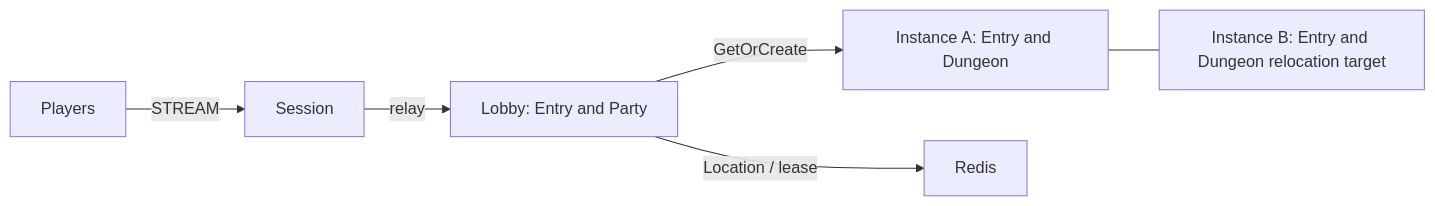
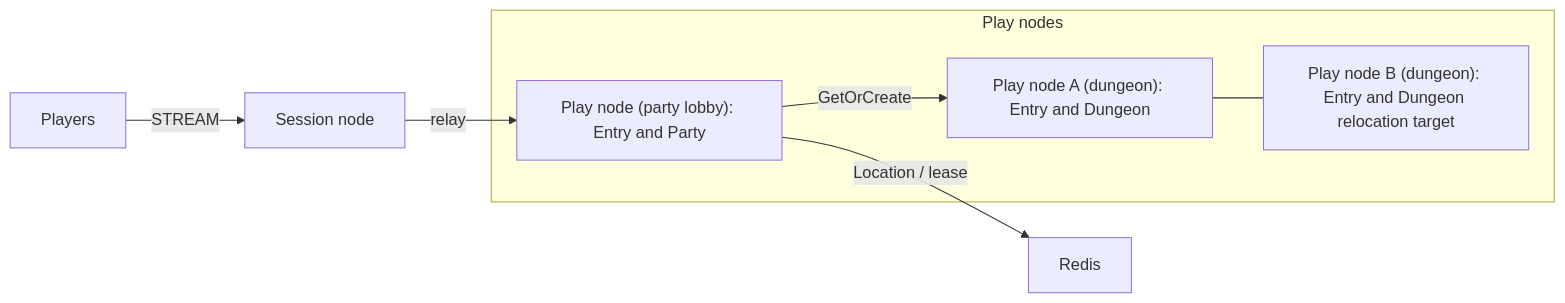
Before and after one commit to zlink-systems/zlink: the diagram in framework/languages/dotnet/templates/morpg-lobby-instances/my-game/README.md, drawn with Mermaid. The commit also changed other lines of this file and 223 other files, not shown here.

First line of the commit message:
docs(templates): 모든 템플릿의 노드 이름을 Session node · Play node · API node로 (#5350)

````diff
--- a/framework/languages/dotnet/templates/morpg-lobby-instances/my-game/README.md
+++ b/framework/languages/dotnet/templates/morpg-lobby-instances/my-game/README.md
@@ -5,8 +5,13 @@
 ```mermaid
 flowchart LR
-    players[Players] -->|STREAM| session[Session]
-    session -->|relay| lobby[Lobby: Entry and Party]
-    lobby -->|GetOrCreate| instanceA[Instance A: Entry and Dungeon]
-    instanceA --- instanceB[Instance B: Entry and Dungeon relocation target]
+    subgraph playNodes["Play nodes"]
+      lobby["Play node (party lobby): Entry and Party"]
+      instanceA["Play node A (dungeon): Entry and Dungeon"]
+      instanceB["Play node B (dungeon): Entry and Dungeon relocation target"]
+    end
+    players[Players] -->|STREAM| session["Session node"]
+    session -->|relay| lobby
+    lobby -->|GetOrCreate| instanceA
+    instanceA --- instanceB
     lobby -->|Location / lease| location[Redis]
 ```
````
